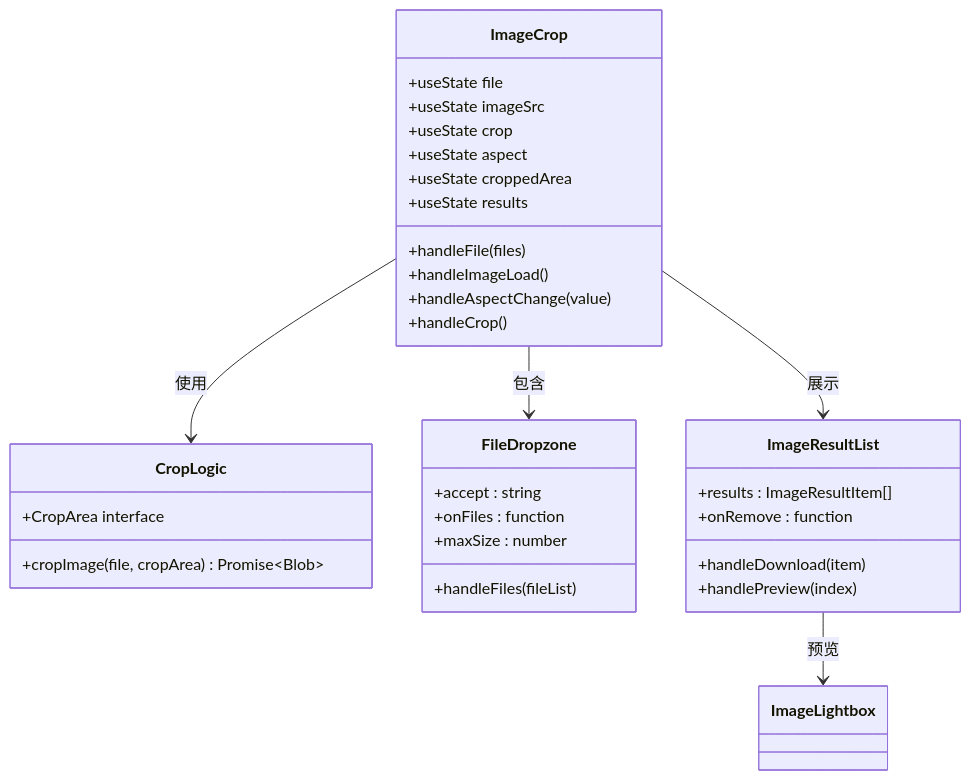
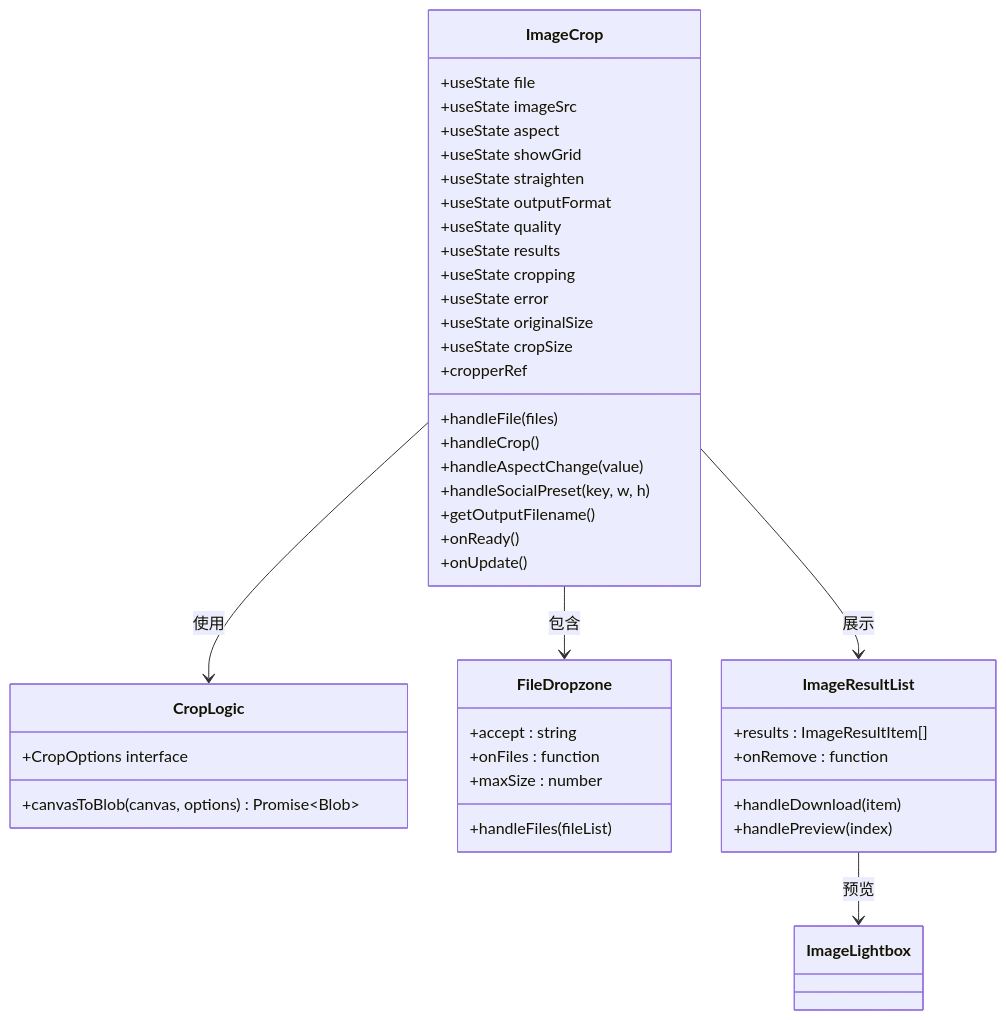
One commit to sgyy/privadeck changed the second of 12 diagrams in .qoder/repowiki/zh/content/图像工具/图像裁剪.md. Above: the diagram before and after it, drawn with Mermaid. The commit also changed other lines of this file and 3 other files, not shown here.

First line of the commit message:
feat(image-crop): 升级图像裁剪工具集成 react-advanced-cropper

````diff
--- a/.qoder/repowiki/zh/content/图像工具/图像裁剪.md
+++ b/.qoder/repowiki/zh/content/图像工具/图像裁剪.md
@@ -88,35 +98,45 @@
 ```mermaid
 classDiagram
 class ImageCrop {
 +useState file
 +useState imageSrc
-+useState crop
 +useState aspect
-+useState croppedArea
++useState showGrid
++useState straighten
++useState outputFormat
++useState quality
 +useState results
++useState cropping
++useState error
++useState originalSize
++useState cropSize
++cropperRef
 +handleFile(files)
-+handleImageLoad()
++handleCrop()
 +handleAspectChange(value)
-+handleCrop()
++handleSocialPreset(key, w, h)
++getOutputFilename()
++onReady()
++onUpdate()
 }
 class CropLogic {
-+cropImage(file, cropArea) Promise~Blob~
-+CropArea interface
++canvasToBlob(canvas, options) Promise~Blob~
++CropOptions interface
 }
 class FileDropzone {
 +accept : string
 +onFiles : function
 +maxSize : number
 +handleFiles(fileList)
 }
 class ImageResultList {
 +results : ImageResultItem[]
 +onRemove : function
 +handleDownload(item)
 +handlePreview(index)
 }
 ImageCrop --> CropLogic : 使用
 ImageCrop --> FileDropzone : 包含
 ImageCrop --> ImageResultList : 展示
 ImageResultList --> ImageLightbox : 预览
 ```
````
